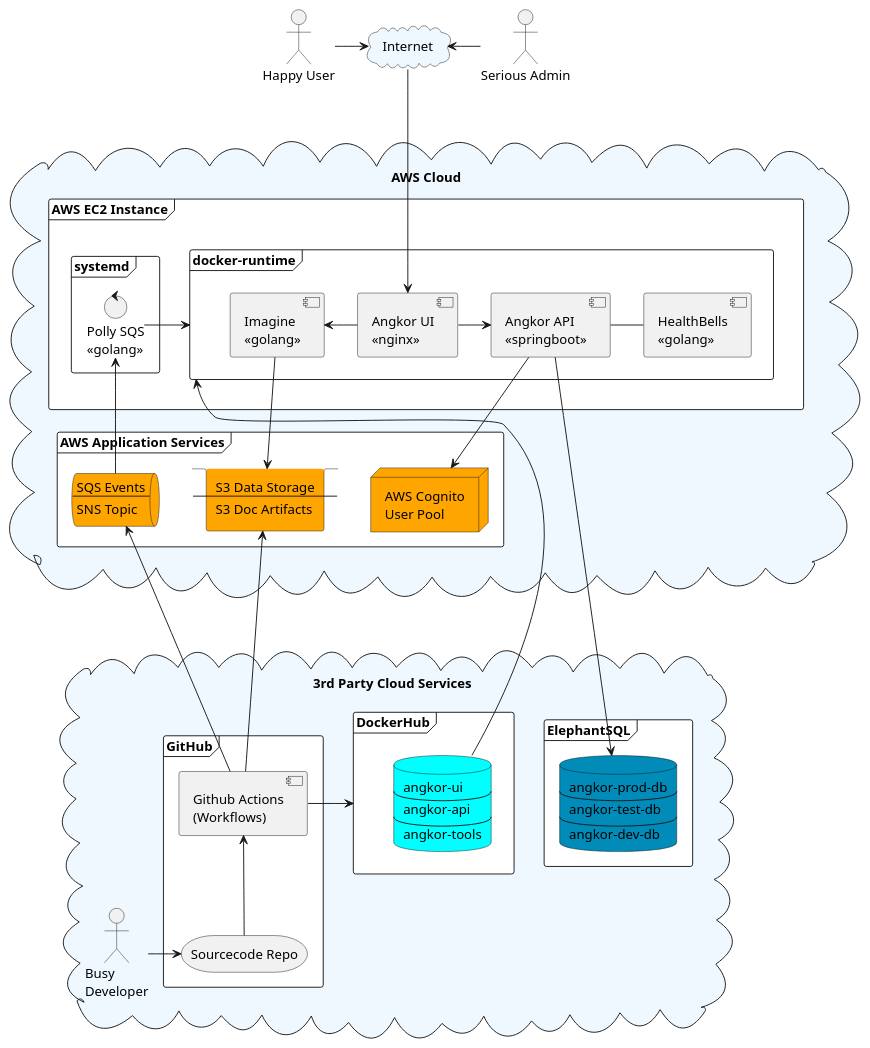
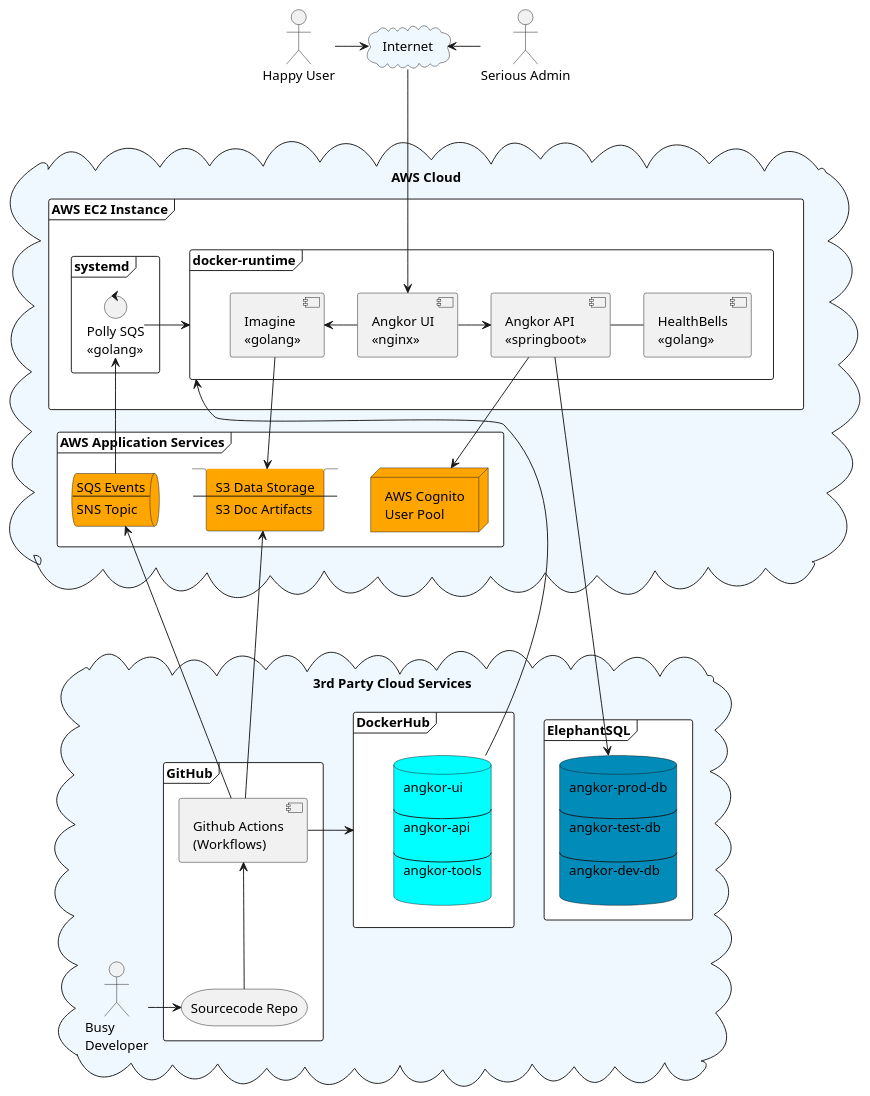
The diagram in docs/modules/ROOT/partials/runtime-view.puml (tillkuhn/angkor), drawn with PlantUML before and after one commit. The commit also changed 25 other files, not shown here.

```diff
--- a/docs/modules/ROOT/partials/runtime-view.puml
+++ b/docs/modules/ROOT/partials/runtime-view.puml
@@ -1,90 +1,96 @@
 @startuml
 
 skinparam monochrome false
 skinparam shadowing false
 
 actor "Happy User" as user
 actor "Serious Admin" as admin
 
 cloud "AWS Cloud" #AliceBlue {
-    frame "AWS EC2 Instance" as aws #white {
+    frame "AWS EC2 Instance" as ec2 #white {
         frame "docker-runtime" as docker {
             component "Angkor UI\n<<nginx>>" as ui
             component "Angkor API\n<<springboot>>" as api
             component "Imagine\n<<golang>>" as imagine
             component "HealthBells\n<<golang>>" as healthbells
         }
         frame "systemd" {
           control "Polly SQS\n<<golang>>" as polly
         }
     }
     frame "AWS Application Services" #white {
         stack s3data #orange [
             S3 Data Storage
             ---
             S3 Doc Artifacts
         ]
 
         queue sqs #orange [
         SQS Events
         ---
         SNS Topic
         ]
         node  "AWS Cognito\nUser Pool" as cognito #orange
     }
 
 }
 
 cloud "Internet" as internet #AliceBlue {
 }
 
 cloud "3rd Party Cloud Services" #AliceBlue {
 
      actor "Busy\nDeveloper" as developer
      frame DockerHub as dockerhub #white {
             database dockerrepos #cyan [
              angkor-ui
+
             ----
              angkor-api
+
             ----
              angkor-tools
+
             ]
      }
 
      frame "ElephantSQL" #white {
 
             database proddb #008bb9 [
              angkor-prod-db
+
             ----
              angkor-test-db
+
             ----
              angkor-dev-db
+
             ]
      }
 
      frame GitHub as github #white {
          storage "Sourcecode Repo" as code
          component "Github Actions\n(Workflows)" as actions
      }
  }
 
 user --right-> internet
 admin --left-> internet
 polly -right-> docker
 polly  <-down- sqs
 api --down--->proddb
 api -right- healthbells
 api -down-> cognito
 ui -> api
 ui -left-> imagine
 imagine -down-> s3data
 docker <- dockerrepos
 internet -down--> ui
 
 actions -right-> dockerhub
 actions -up-> sqs
 actions -up-> s3data
 
 code -up-> actions
 code <-right- developer
     @enduml
```
